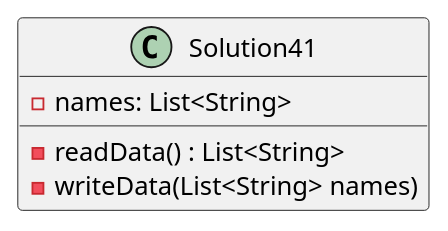
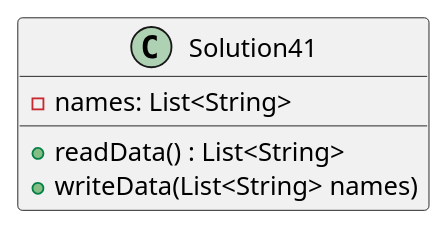
One commit to breemars/marsiano-a04 changed the diagram in exercise41/docs/Solution41UML.puml. Above: the diagram before and after it, drawn with PlantUML. The commit also changed 34 other files, not shown here.

```diff
--- a/exercise41/docs/Solution41UML.puml
+++ b/exercise41/docs/Solution41UML.puml
@@ -1,12 +1,12 @@
 @startuml
 
 class Solution41{
 'attributes
     - names: List<String>
 
 'methods
-    -readData() : List<String>
-    -writeData(List<String> names)
+    +readData() : List<String>
+    +writeData(List<String> names)
 }
 
 @enduml
```
